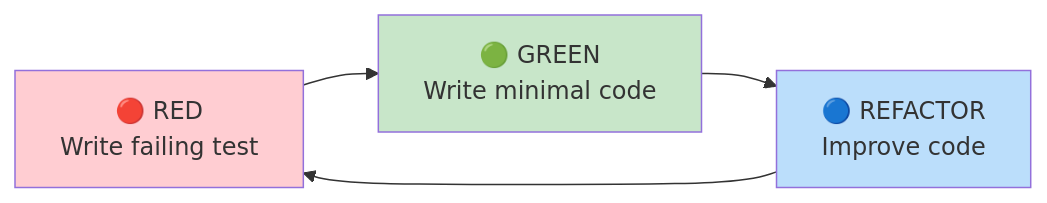
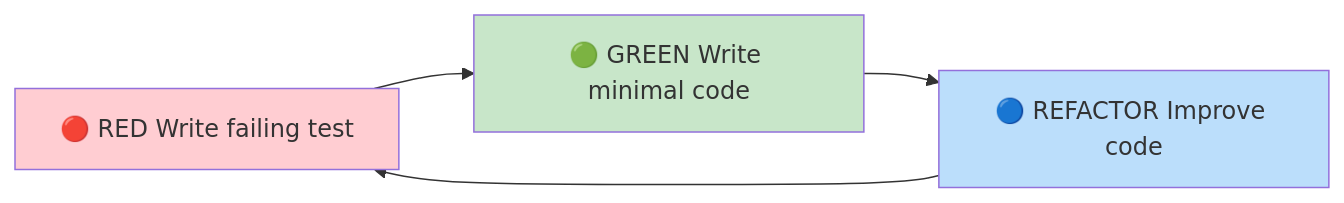
The diagram in wiki/Contributing.md (softwarewrighter/scan3data), drawn with Mermaid before and after one commit. The commit also changed 6 other files, not shown here.

First line of the commit message:
Fix wiki Mermaid diagrams: remove <br/> tags

````diff
--- a/wiki/Contributing.md
+++ b/wiki/Contributing.md
@@ -60,10 +60,10 @@
 ```mermaid
 graph LR
-    RED[🔴 RED<br/>Write failing test] --> GREEN[🟢 GREEN<br/>Write minimal code]
-    GREEN --> REFACTOR[🔵 REFACTOR<br/>Improve code]
+    RED[🔴 RED Write failing test] --> GREEN[🟢 GREEN Write minimal code]
+    GREEN --> REFACTOR[🔵 REFACTOR Improve code]
     REFACTOR --> RED
 
     style RED fill:#ffcdd2
     style GREEN fill:#c8e6c9
     style REFACTOR fill:#bbdefb
 ```
````
